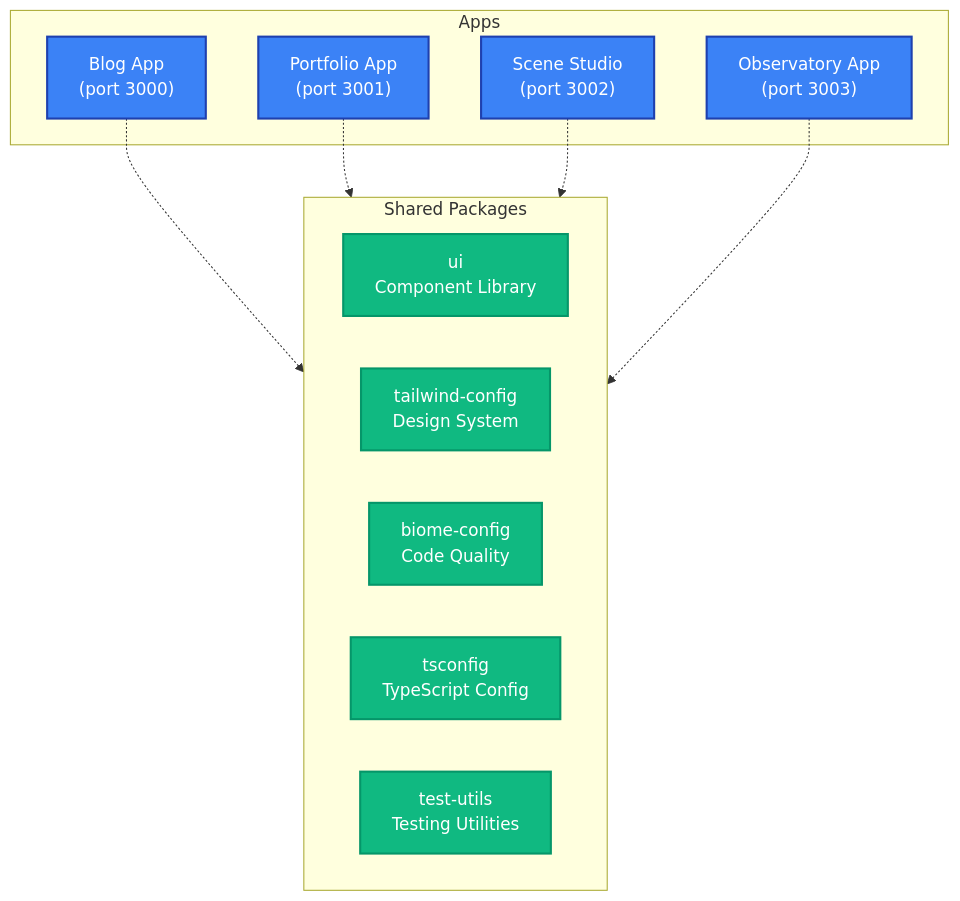
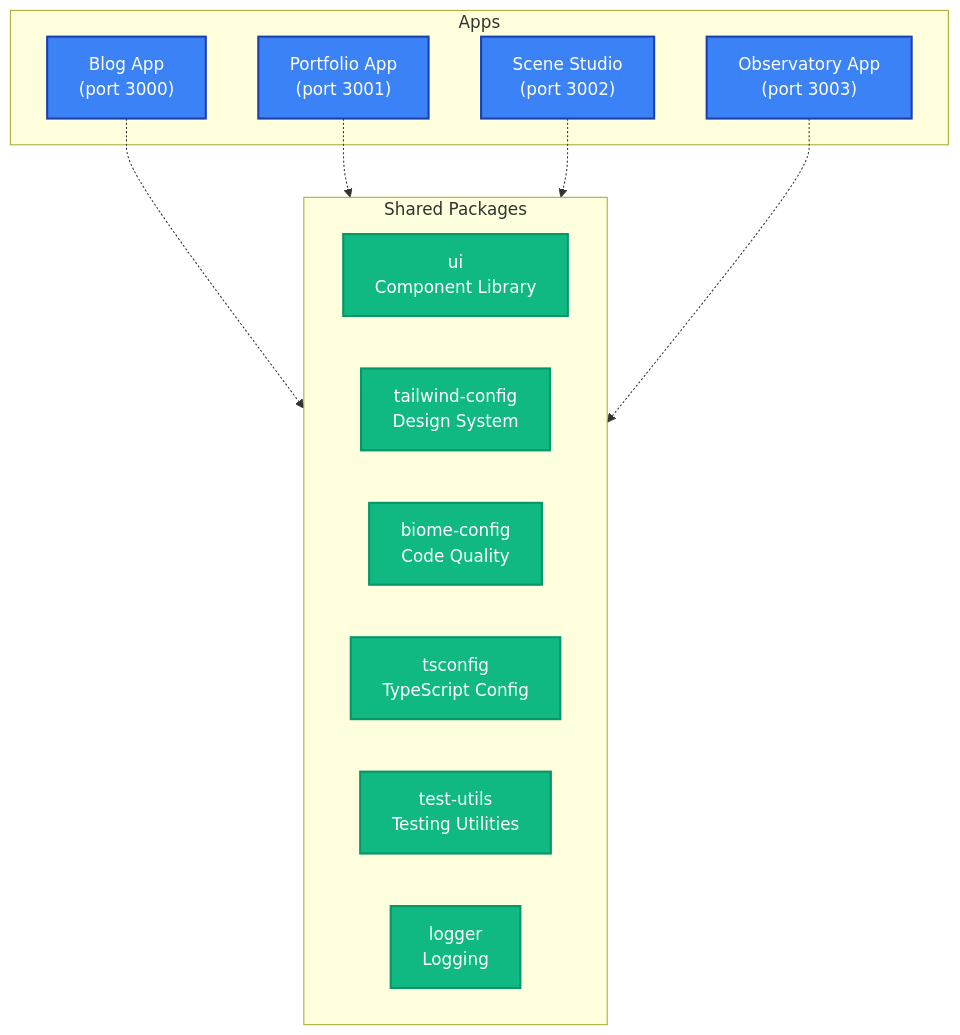
The first of 2 diagrams in README.md (k2bg-technology/k2bg-branding), drawn with Mermaid before and after one commit. The commit also changed other lines of this file and 1 other file, not shown here.

Commit message:
📝 Docs: #435 Register the logger package

````diff
--- a/README.md
+++ b/README.md
@@ -98,28 +99,29 @@
 ```mermaid
 flowchart TB
     subgraph apps["Apps"]
         Blog["Blog App<br/>(port 3000)"]
         Portfolio["Portfolio App<br/>(port 3001)"]
         SceneStudio["Scene Studio<br/>(port 3002)"]
         Observatory["Observatory App<br/>(port 3003)"]
     end
 
     subgraph packages["Shared Packages"]
         UI["ui<br/>Component Library"]
         TailwindConfig["tailwind-config<br/>Design System"]
         BiomeConfig["biome-config<br/>Code Quality"]
         TSConfig["tsconfig<br/>TypeScript Config"]
         TestUtils["test-utils<br/>Testing Utilities"]
+        Logger["logger<br/>Logging"]
     end
 
     Blog -.-> packages
     Portfolio -.-> packages
     SceneStudio -.-> packages
     Observatory -.-> packages
 
     classDef appStyle fill:#3B82F6,stroke:#1E40AF,stroke-width:2px,color:#fff
     classDef packageStyle fill:#10B981,stroke:#059669,stroke-width:2px,color:#fff
 
     class Blog,Portfolio,SceneStudio,Observatory appStyle
-    class UI,TailwindConfig,BiomeConfig,TSConfig,TestUtils packageStyle
+    class UI,TailwindConfig,BiomeConfig,TSConfig,TestUtils,Logger packageStyle
 ```
````
